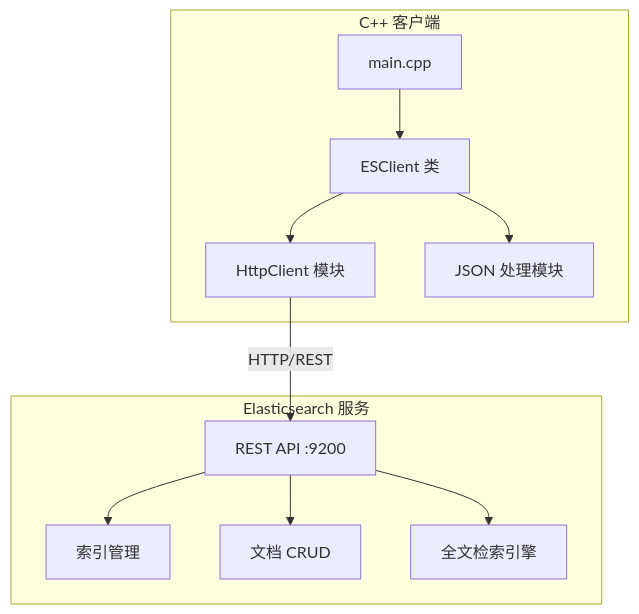
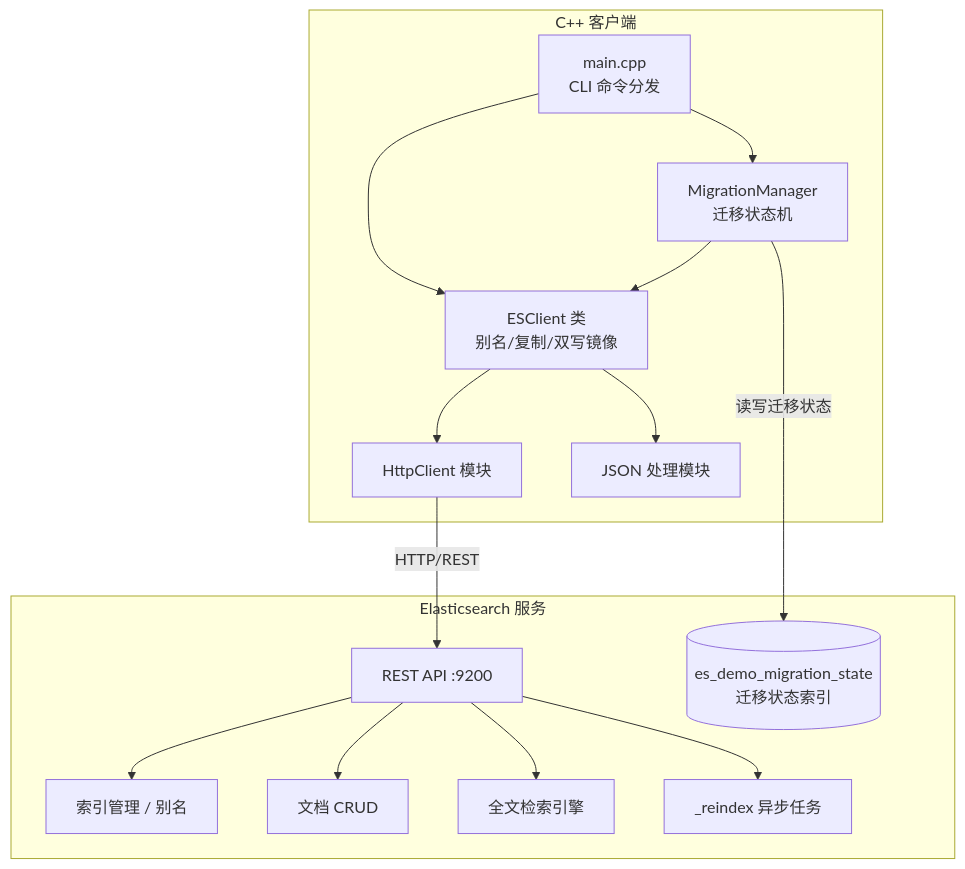
The first of 2 diagrams in docs/project_design.md (zhanglei10281852-gif/cc-091003-q002-es-migration), drawn with Mermaid before and after one commit. The commit also changed other lines of this file and 9 other files, not shown here.

````diff
--- a/docs/project_design.md
+++ b/docs/project_design.md
@@ -5,20 +5,26 @@
 ```mermaid
 flowchart TD
     subgraph Client["C++ 客户端"]
-        A[main.cpp] --> B[ESClient 类]
+        A[main.cpp<br/>CLI 命令分发] --> B[ESClient 类<br/>别名/复制/双写镜像]
+        A --> M[MigrationManager<br/>迁移状态机]
+        M --> B
         B --> C[HttpClient 模块]
         B --> D[JSON 处理模块]
     end
 
     subgraph ES["Elasticsearch 服务"]
         E[REST API :9200]
-        F[索引管理]
+        F[索引管理 / 别名]
         G[文档 CRUD]
         H[全文检索引擎]
+        R[_reindex 异步任务]
+        S[(es_demo_migration_state<br/>迁移状态索引)]
     end
 
     C -->|HTTP/REST| E
     E --> F
     E --> G
     E --> H
+    E --> R
+    M -->|读写迁移状态| S
 ```
````
